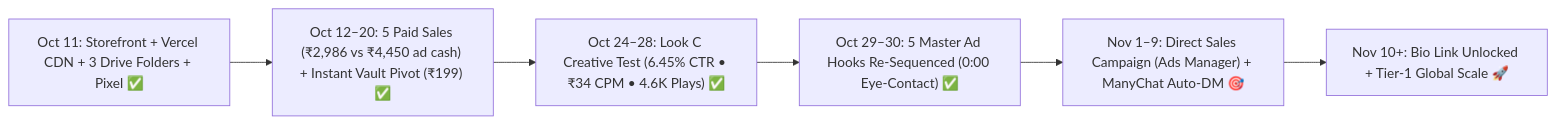
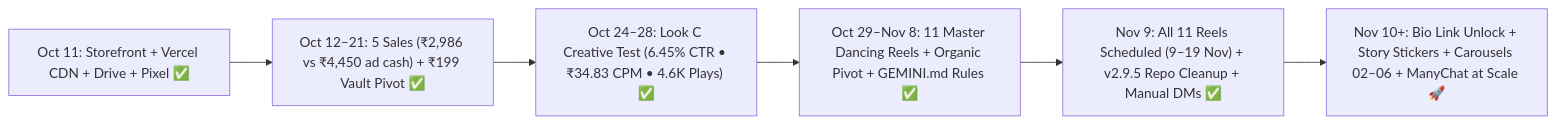
One commit to wandringspirit/personalabs-academy changed the diagram in docs/ROADMAP.md. Above: the diagram before and after it, drawn with Mermaid. The commit also changed other lines of this file and 16 other files, not shown here.

Commit message:
docs(sync): align all 17 project, operations, roadmap, and studio docs for v2.9.5

````diff
--- a/docs/ROADMAP.md
+++ b/docs/ROADMAP.md
@@ -5,8 +6,8 @@
 ```mermaid
 flowchart LR
-    A["Oct 11: Storefront + Vercel CDN + 3 Drive Folders + Pixel ✅"] --> B["Oct 12–20: 5 Paid Sales (₹2,986 vs ₹4,450 ad cash) + Instant Vault Pivot (₹199) ✅"]
-    B --> C["Oct 24–28: Look C Creative Test (6.45% CTR • ₹34 CPM • 4.6K Plays) ✅"]
-    C --> D["Oct 29–30: 5 Master Ad Hooks Re-Sequenced (0:00 Eye-Contact) ✅"]
-    D --> E["Nov 1–9: Direct Sales Campaign (Ads Manager) + ManyChat Auto-DM 🎯"]
-    E --> F["Nov 10+: Bio Link Unlocked + Tier-1 Global Scale 🚀"]
+    A["Oct 11: Storefront + Vercel CDN + Drive + Pixel ✅"] --> B["Oct 12–21: 5 Sales (₹2,986 vs ₹4,450 ad cash) + ₹199 Vault Pivot ✅"]
+    B --> C["Oct 24–28: Look C Creative Test (6.45% CTR • ₹34.83 CPM • 4.6K Plays) ✅"]
+    C --> D["Oct 29–Nov 8: 11 Master Dancing Reels + Organic Pivot + GEMINI.md Rules ✅"]
+    D --> E["Nov 9: All 11 Reels Scheduled (9–19 Nov) + v2.9.5 Repo Cleanup + Manual DMs ✅"]
+    E --> F["Nov 10+: Bio Link Unlock + Story Stickers + Carousels 02–06 + ManyChat at Scale 🚀"]
 ```
````
